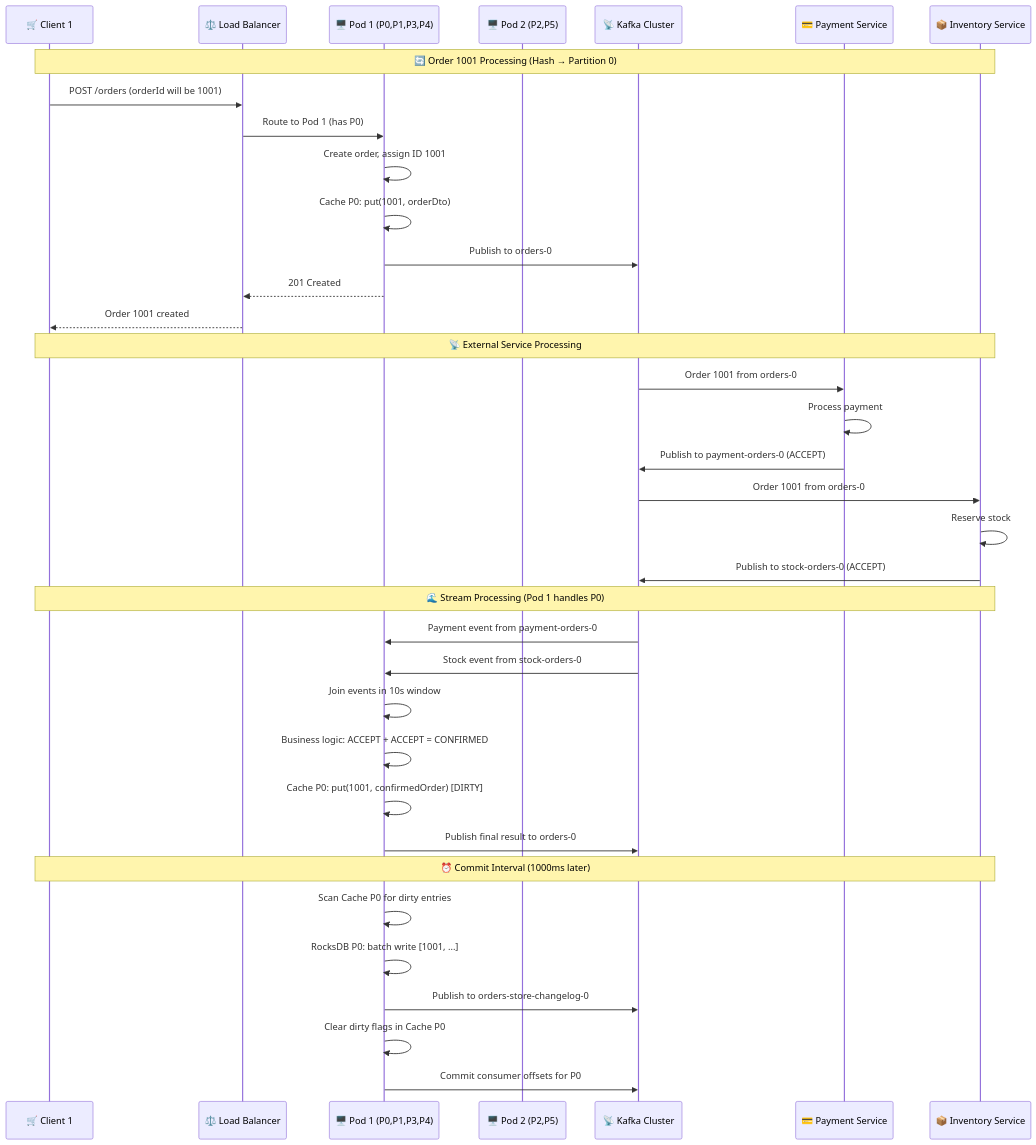
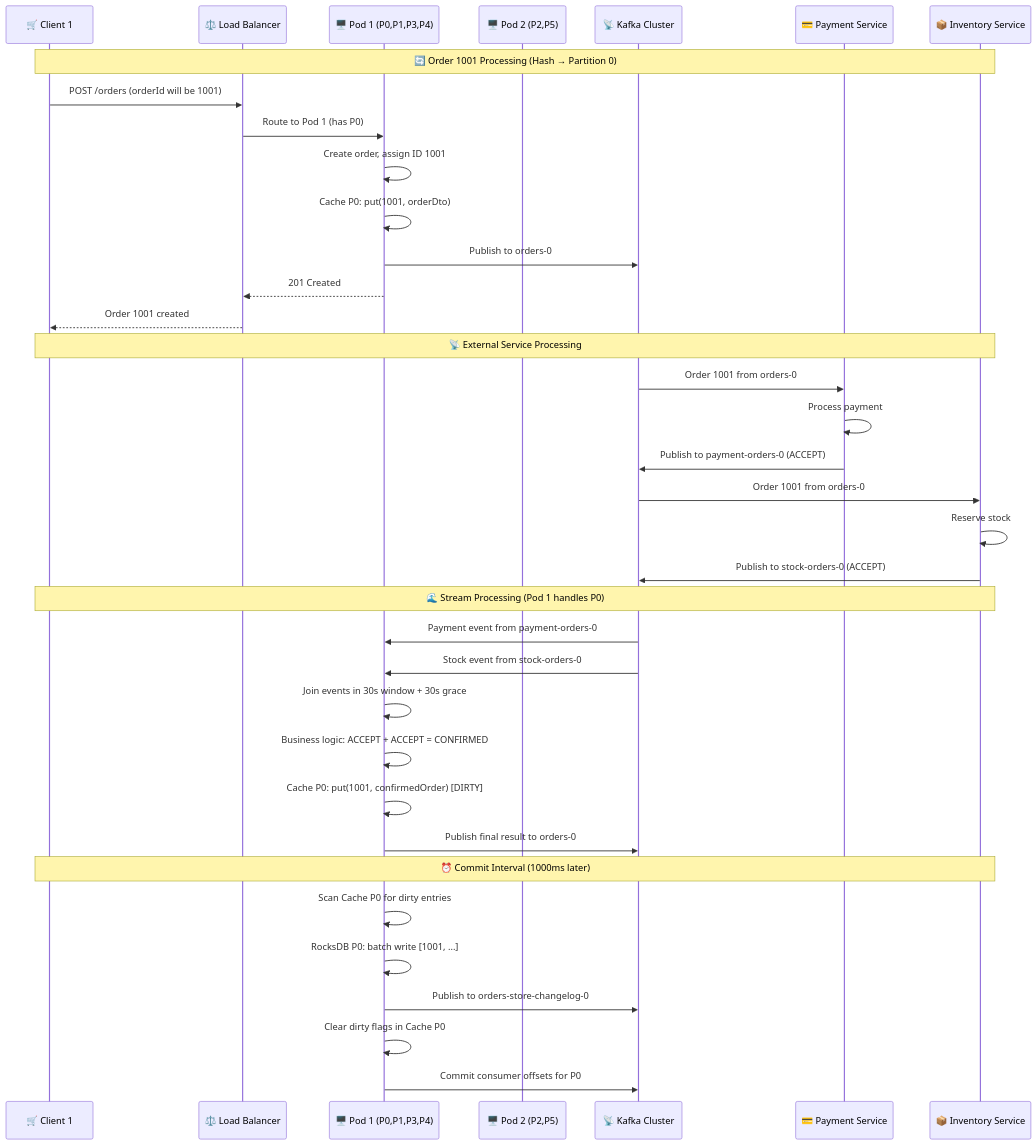
One commit to rajadilipkolli/spring-boot-microservices-series-v2 changed the sixth of 7 diagrams in order-service/docs/Kafka-Streams-Distributed-Architecture-Detailed.md. Above: the diagram before and after it, drawn with Mermaid. The commit also changed other lines of this file and 51 other files, not shown here.

````diff
--- a/order-service/docs/Kafka-Streams-Distributed-Architecture-Detailed.md
+++ b/order-service/docs/Kafka-Streams-Distributed-Architecture-Detailed.md
@@ -447,47 +447,47 @@
 ```mermaid
 sequenceDiagram
     participant Client1 as 🛒 Client 1
     participant LB as ⚖️ Load Balancer
     participant Pod1 as 🖥️ Pod 1 (P0,P1,P3,P4)
     participant Pod2 as 🖥️ Pod 2 (P2,P5)
     participant Kafka as 📡 Kafka Cluster
     participant PaymentSvc as 💳 Payment Service
     participant InventorySvc as 📦 Inventory Service
     
     Note over Client1, InventorySvc: 🔄 Order 1001 Processing (Hash → Partition 0)
     
     Client1->>LB: POST /orders (orderId will be 1001)
     LB->>Pod1: Route to Pod 1 (has P0)
     Pod1->>Pod1: Create order, assign ID 1001
     Pod1->>Pod1: Cache P0: put(1001, orderDto)
     Pod1->>Kafka: Publish to orders-0
     Pod1-->>LB: 201 Created
     LB-->>Client1: Order 1001 created
     
     Note over Client1, InventorySvc: 📡 External Service Processing
     
     Kafka->>PaymentSvc: Order 1001 from orders-0
     PaymentSvc->>PaymentSvc: Process payment
     PaymentSvc->>Kafka: Publish to payment-orders-0 (ACCEPT)
     
     Kafka->>InventorySvc: Order 1001 from orders-0  
     InventorySvc->>InventorySvc: Reserve stock
     InventorySvc->>Kafka: Publish to stock-orders-0 (ACCEPT)
     
     Note over Client1, InventorySvc: 🌊 Stream Processing (Pod 1 handles P0)
     
     Kafka->>Pod1: Payment event from payment-orders-0
     Kafka->>Pod1: Stock event from stock-orders-0
-    Pod1->>Pod1: Join events in 10s window
+    Pod1->>Pod1: Join events in 30s window + 30s grace
     Pod1->>Pod1: Business logic: ACCEPT + ACCEPT = CONFIRMED
     Pod1->>Pod1: Cache P0: put(1001, confirmedOrder) [DIRTY]
     Pod1->>Kafka: Publish final result to orders-0
     
     Note over Client1, InventorySvc: ⏰ Commit Interval (1000ms later)
     
     Pod1->>Pod1: Scan Cache P0 for dirty entries
     Pod1->>Pod1: RocksDB P0: batch write [1001, ...]
     Pod1->>Kafka: Publish to orders-store-changelog-0
     Pod1->>Pod1: Clear dirty flags in Cache P0
     Pod1->>Kafka: Commit consumer offsets for P0
 ```
````
